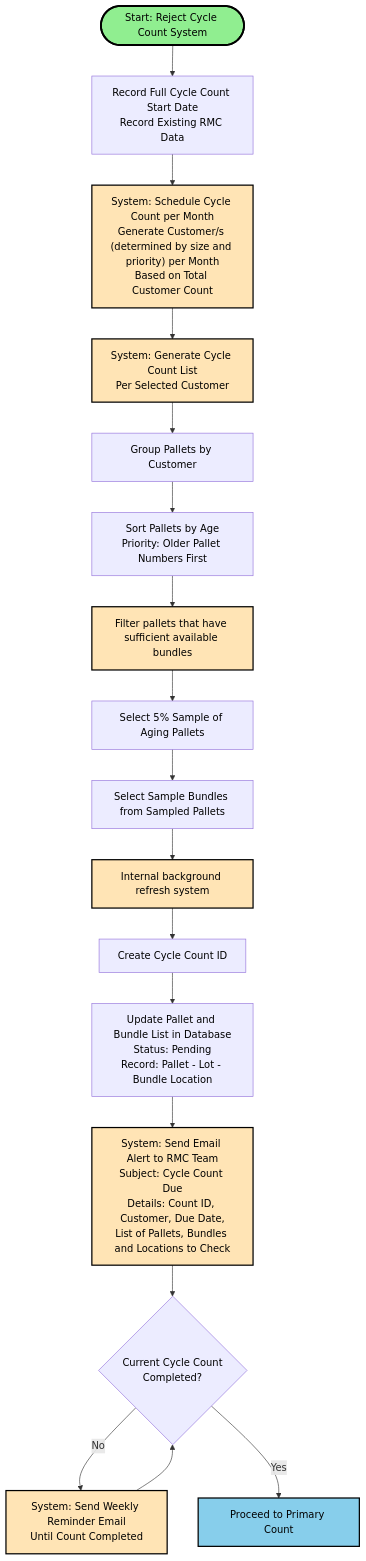
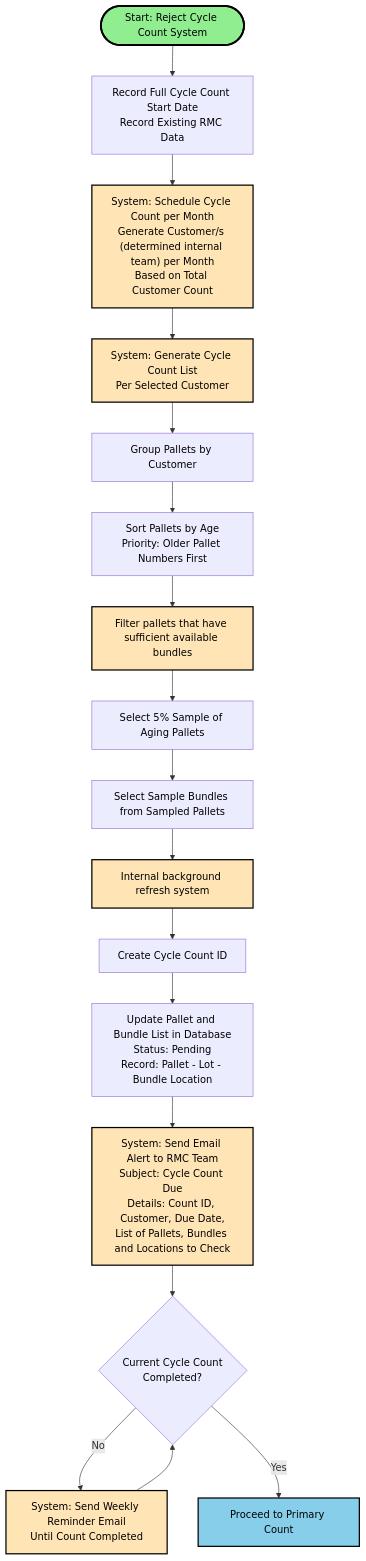
Before and after one commit to kohjs/RMC-Cycle-Count: the first of 6 diagrams in workflow.md, drawn with Mermaid. The commit also changed 2 other files, not shown here.

Commit message:
changes to workflow

````diff
--- a/workflow.md
+++ b/workflow.md
@@ -15,38 +15,42 @@
 ```mermaid
+---
+config:
+  layout: fixed
+---
 flowchart TD
     Start(["Start: Reject Cycle Count System"]) --> n1["Record Full Cycle Count Start Date<br>Record Existing RMC Data"]
-    n1 --> A["System: Schedule Cycle Count per Month<br>Generate Customer/s (determined by size and priority) per Month<br>Based on Total Customer Count"]
+    n1 --> A["System: Schedule Cycle Count per Month<br>Generate Customer/s (determined internal team) per Month<br>Based on Total Customer Count"]
     A --> B["System: Generate Cycle Count List<br>Per Selected Customer"]
     B --> B1["Group Pallets by Customer"]
     B1b["Select 5% Sample of Aging Pallets"] --> B1c["Select Sample Bundles from Sampled Pallets"]
     B2["Create Cycle Count ID"] --> B3["Update Pallet and Bundle List in Database<br>Status: Pending<br>Record: Pallet - Lot - Bundle Location"]
     B3 --> C["System: Send Email Alert to RMC Team<br>Subject: Cycle Count Due<br>Details: Count ID, Customer, Due Date,<br>List of Pallets, Bundles and Locations to Check"]
     C --> D{"Current Cycle Count<br>Completed?"}
     D -- No --> E["System: Send Weekly Reminder Email<br>Until Count Completed"]
     E --> D
     D -- Yes --> Next["Proceed to Primary Count"]
     B1c --> n3["Internal background refresh system"]
     n2["Filter pallets that have sufficient available bundles"] --> B1b
     B1 --> B1a["Sort Pallets by Age<br>Priority: Older Pallet Numbers First"]
     B1a --> n2
     n3 --> B2
-
     n3@{ shape: rect}
     n2@{ shape: rect}
     style Start fill:#90EE90,stroke:#000,stroke-width:3px,color:#000
     style n1 color:#000
     style A fill:#FFE4B5,stroke:#000,stroke-width:2px,color:#000
     style B fill:#FFE4B5,stroke:#000,stroke-width:2px,color:#000
     style B1 color:#000
     style B1b color:#000
     style B1c color:#000
     style B2 color:#000
     style B3 color:#000
     style C fill:#FFE4B5,stroke:#000,stroke-width:2px,color:#000
     style D color:#000
     style E fill:#FFE4B5,stroke:#000,stroke-width:2px,color:#000
     style Next fill:#87CEEB,stroke:#000,stroke-width:2px,color:#000
+    style n3 fill:#FFE4B5,stroke:#000,stroke-width:2px,color:#000
+    style n2 fill:#FFE4B5,stroke:#000,stroke-width:2px,color:#000
     style B1a color:#000
-    style n2 fill:#FFE4B5,stroke:#000,stroke-width:2px,color:#000
-    style n3 fill:#FFE4B5,stroke:#000,stroke-width:2px,color:#000
+
 ```
````
